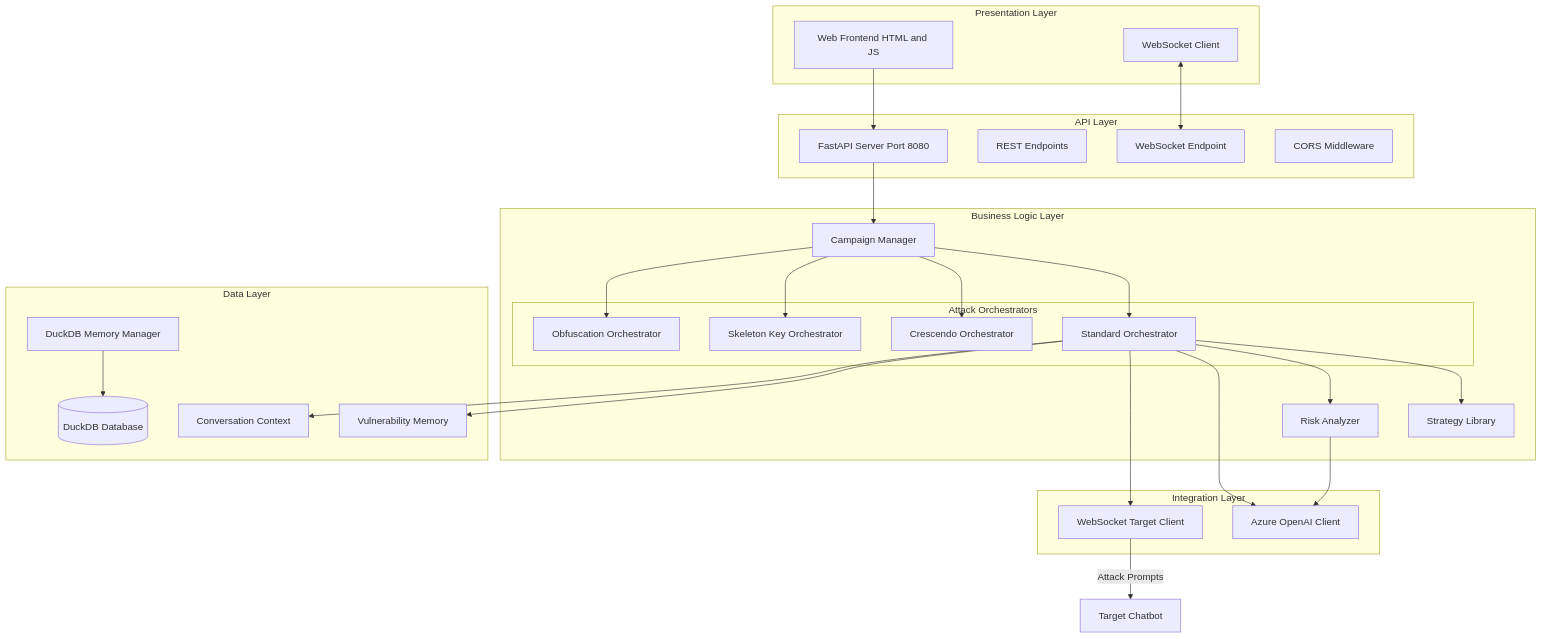
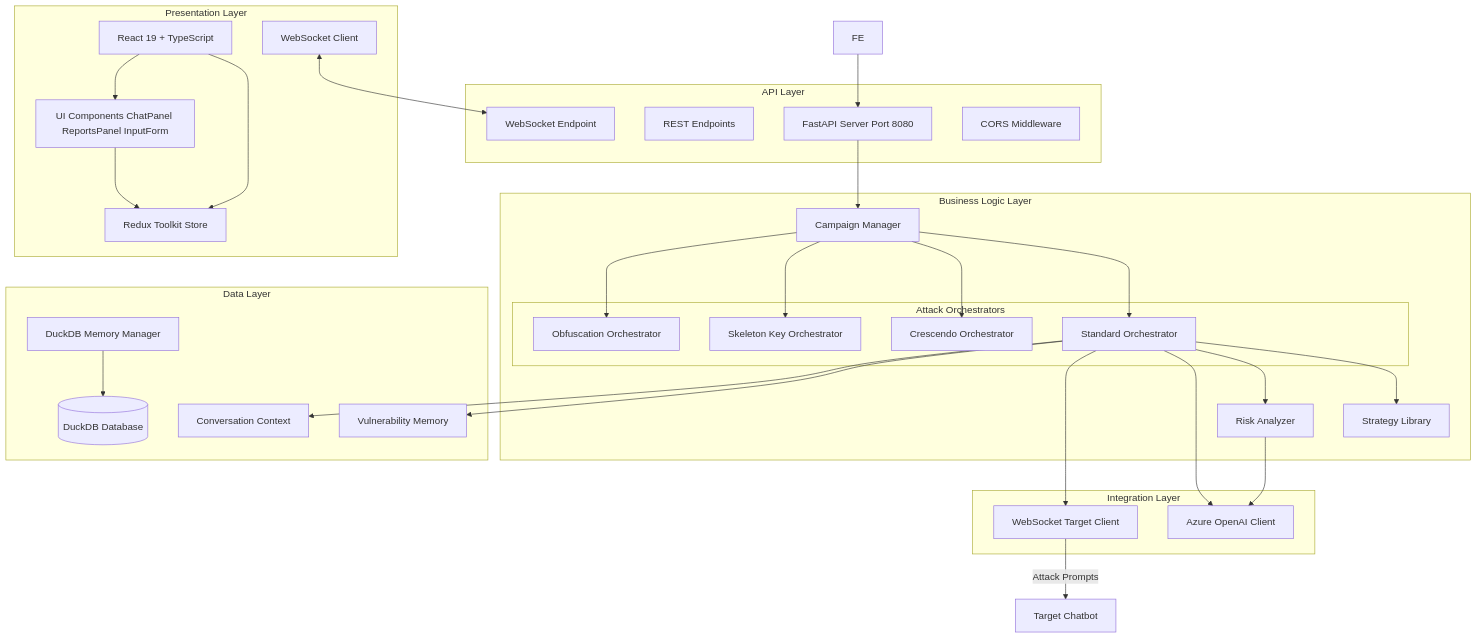
The second of 5 diagrams in RedTeaming/BACKEND/doc/01_HIGH_LEVEL_DESIGN.md (Deepta-Sunny/Hackathon), drawn with Mermaid before and after one commit. The commit also changed other lines of this file and 3 other files, not shown here.

````diff
--- a/RedTeaming/BACKEND/doc/01_HIGH_LEVEL_DESIGN.md
+++ b/RedTeaming/BACKEND/doc/01_HIGH_LEVEL_DESIGN.md
@@ -61,61 +61,67 @@
 ```mermaid
 flowchart TB
     subgraph Presentation_Layer[Presentation Layer]
-        FE[Web Frontend HTML and JS]
+        REACT[React 19 + TypeScript]
+        REDUX[Redux Toolkit Store]
+        COMPS[UI Components ChatPanel ReportsPanel InputForm]
         WS_CLIENT[WebSocket Client]
+        
+        REACT --> REDUX
+        REACT --> COMPS
+        COMPS --> REDUX
     end
     
     subgraph API_Layer[API Layer]
         FASTAPI[FastAPI Server Port 8080]
         REST[REST Endpoints]
         WS_SERVER[WebSocket Endpoint]
         CORS[CORS Middleware]
     end
     
     subgraph Business_Logic[Business Logic Layer]
         CAMPAIGN[Campaign Manager]
         
         subgraph Orchestrators[Attack Orchestrators]
             STD[Standard Orchestrator]
             CRESC[Crescendo Orchestrator]
             SKEL[Skeleton Key Orchestrator]
             OBF[Obfuscation Orchestrator]
         end
         
         STRATEGY[Strategy Library]
         ANALYZER[Risk Analyzer]
     end
     
     subgraph Integration_Layer[Integration Layer]
         AZURE_CLIENT[Azure OpenAI Client]
         WS_TARGET[WebSocket Target Client]
     end
     
     subgraph Data_Layer[Data Layer]
         VULN_MEM[Vulnerability Memory]
         CONV_CTX[Conversation Context]
         DUCK_MEM[DuckDB Memory Manager]
         DB[(DuckDB Database)]
     end
     
     FE --> FASTAPI
     WS_CLIENT <--> WS_SERVER
     
     FASTAPI --> CAMPAIGN
     CAMPAIGN --> STD
     CAMPAIGN --> CRESC
     CAMPAIGN --> SKEL
     CAMPAIGN --> OBF
     
     STD --> STRATEGY
     STD --> ANALYZER
     STD --> AZURE_CLIENT
     STD --> WS_TARGET
     
     ANALYZER --> AZURE_CLIENT
     WS_TARGET -->|Attack Prompts| TARGET_BOT[Target Chatbot]
     
     STD --> VULN_MEM
     STD --> CONV_CTX
     DUCK_MEM --> DB
 ```
````
